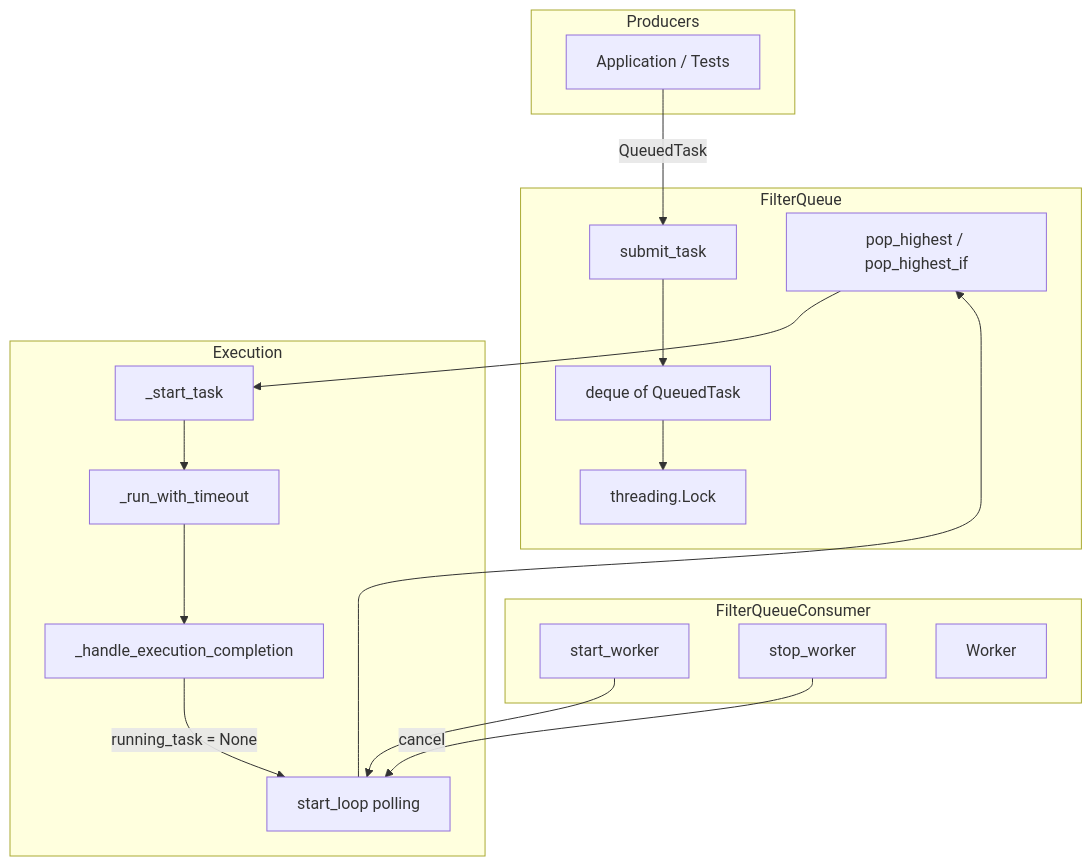
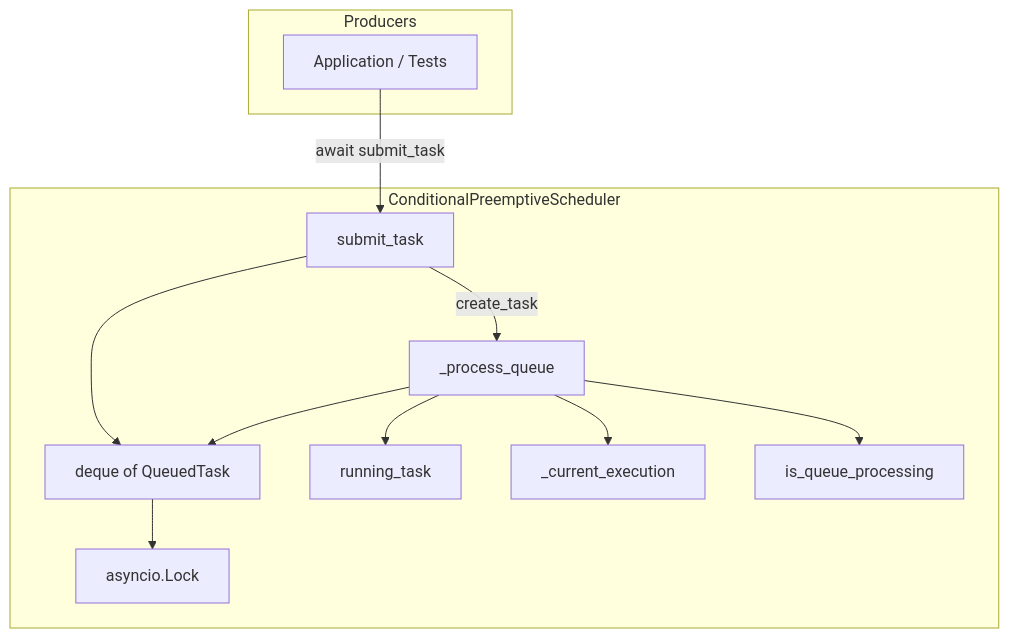
One commit to scoville/test_filter_queue changed the first of 8 diagrams in .cursor/plans/system_architecture_workflow_b2d79ca7.plan.md. Above: the diagram before and after it, drawn with Mermaid. The commit also changed other lines of this file and 1 other file, not shown here.

Commit message:
update system architecture

````diff
--- a/.cursor/plans/system_architecture_workflow_b2d79ca7.plan.md
+++ b/.cursor/plans/system_architecture_workflow_b2d79ca7.plan.md
@@ -14,37 +14,25 @@
 ```mermaid
 flowchart TB
     subgraph producers [Producers]
         App[Application / Tests]
     end
 
-    subgraph queueLayer [FilterQueue]
-        Lock[threading.Lock]
+    subgraph scheduler [ConditionalPreemptiveScheduler]
+        Lock[asyncio.Lock]
         Deque["deque of QueuedTask"]
         Submit[submit_task]
-        Pop[pop_highest / pop_highest_if]
+        Process[_process_queue]
+        Running[running_task]
+        Exec[_current_execution]
+        Guard[is_queue_processing]
     end
 
-    subgraph consumerLayer [FilterQueueConsumer]
-        Start[start_worker]
-        Stop[stop_worker]
-        Worker[Worker]
-    end
-
-    subgraph execution [Execution]
-        MonitorLoop[start_loop polling]
-        StartTask[_start_task]
-        RunTimeout[_run_with_timeout]
-        Callback[_handle_execution_completion]
-    end
-
-    App -->|QueuedTask| Submit
+    App -->|await submit_task| Submit
     Submit --> Deque
+    Submit -->|create_task| Process
+    Process --> Deque
+    Process --> Running
+    Process --> Exec
+    Process --> Guard
     Deque --> Lock
-    Start --> MonitorLoop
-    MonitorLoop --> Pop
-    Pop --> StartTask
-    StartTask --> RunTimeout
-    RunTimeout --> Callback
-    Callback -->|running_task = None| MonitorLoop
-    Stop -->|cancel| MonitorLoop
 ```
````
